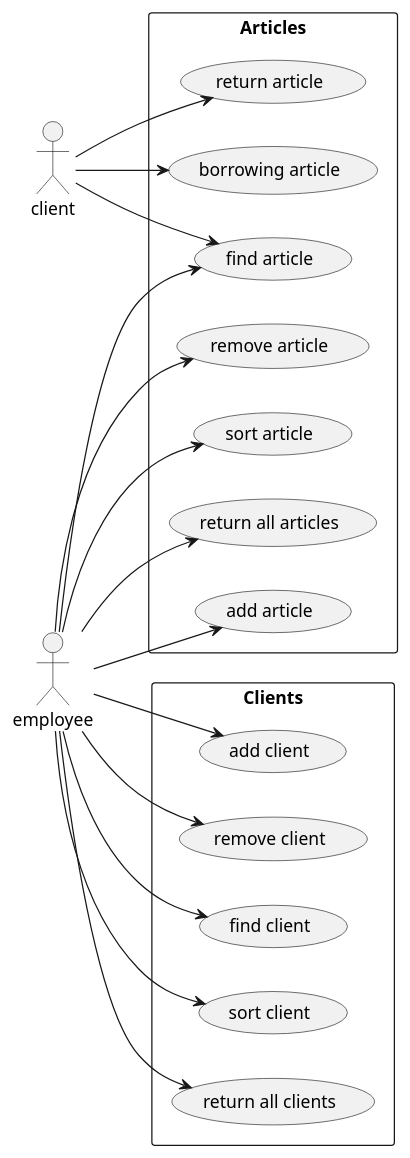
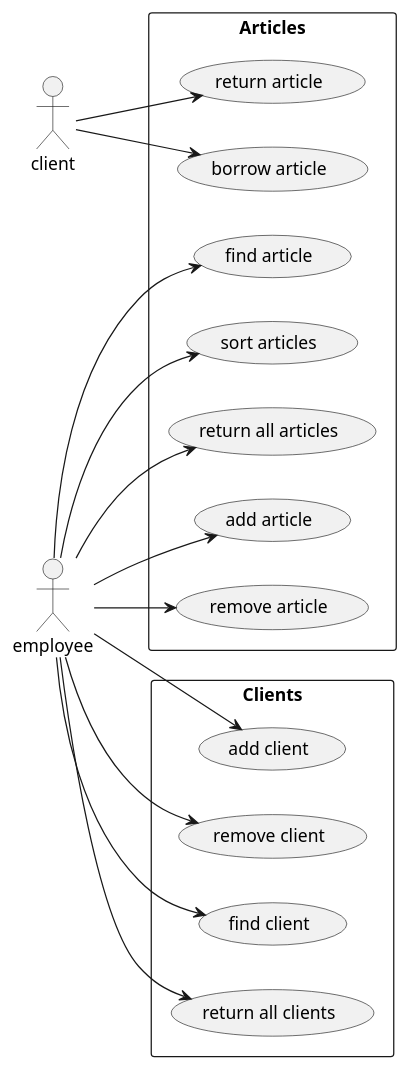
Before and after one commit to RaphaelZintec/Bibliotheek: the diagram in analysis/UseCaseDiagram.puml, drawn with PlantUML. The commit also changed 29 other files, not shown here.

```diff
--- a/analysis/UseCaseDiagram.puml
+++ b/analysis/UseCaseDiagram.puml
@@ -1,37 +1,35 @@
 @startuml
 left to right direction
 
 rectangle Articles {
 (find article) as findArticle
-(borrowing article) as borrowArticle
+(borrow article) as borrowArticle
 (return article) as returnArticle
 (add article) as addArticle
 (remove article) as removeArticle
-(sort article) as sortArticle
+(sort articles) as sortArticle
 (return all articles) as returnAllArticle
 }
 
 rectangle Clients {
 (add client) as addClient
 (remove client) as removeClient
 (find client) as findClient
-(sort client) as sortClient
 (return all clients) as returnAllClients
 }
 
 client --> borrowArticle
 client --> returnArticle
-client --> findArticle
+
+employee --> addClient
+employee --> removeClient
+employee --> findClient
 
 employee --> addArticle
 employee --> removeArticle
 employee --> findArticle
 employee --> sortArticle
-employee --> addClient
-employee --> removeClient
-employee --> findClient
-employee --> sortClient
 employee --> returnAllArticle
 employee --> returnAllClients
 
 @enduml
```
